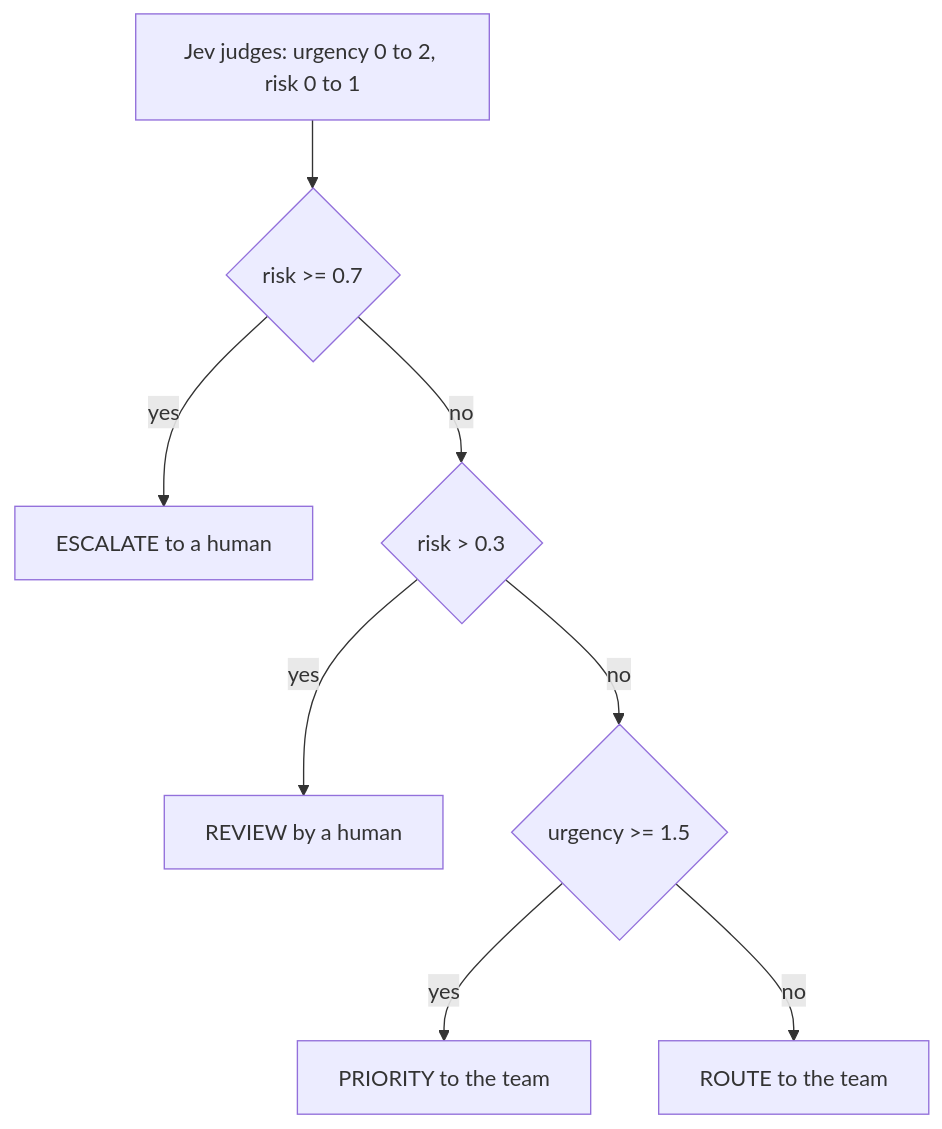
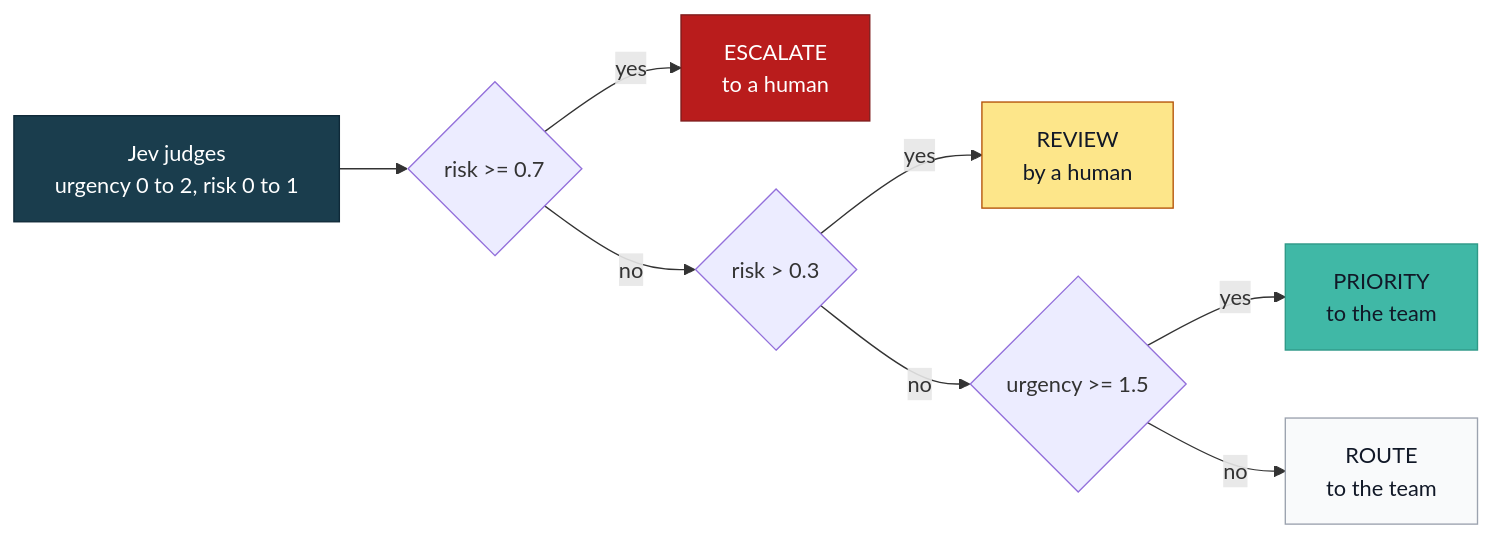
Before and after one commit to axel-sirota/getting_started_jev: the seventh of 11 diagrams in imp_files/slides/module01_diagrams.md, drawn with Mermaid. The commit also changed other lines of this file and 38 other files, not shown here.

Commit message:
Module 1: notebooks, diagrams and deck

````diff
--- a/imp_files/slides/module01_diagrams.md
+++ b/imp_files/slides/module01_diagrams.md
@@ -83,10 +84,20 @@
 ```mermaid
-flowchart TD
-  J["Jev judges: urgency 0 to 2, risk 0 to 1"] --> R1{"risk >= 0.7"}
-  R1 -- yes --> E["ESCALATE to a human"]
+flowchart LR
+  J["Jev judges<br/>urgency 0 to 2, risk 0 to 1"] --> R1{"risk >= 0.7"}
+  R1 -- yes --> E["ESCALATE<br/>to a human"]
   R1 -- no --> R2{"risk > 0.3"}
-  R2 -- yes --> V["REVIEW by a human"]
+  R2 -- yes --> V["REVIEW<br/>by a human"]
   R2 -- no --> R3{"urgency >= 1.5"}
-  R3 -- yes --> P["PRIORITY to the team"]
-  R3 -- no --> RT["ROUTE to the team"]
+  R3 -- yes --> P["PRIORITY<br/>to the team"]
+  R3 -- no --> RT["ROUTE<br/>to the team"]
+  classDef jev fill:#1A3D4D,stroke:#0F2938,color:#FFFFFF
+  classDef esc fill:#B91C1C,stroke:#7F1D1D,color:#FFFFFF
+  classDef rev fill:#FDE68A,stroke:#B45309,color:#111827
+  classDef pri fill:#40B8A6,stroke:#2F9987,color:#111827
+  classDef rt fill:#F9FAFB,stroke:#9CA3AF,color:#111827
+  class J jev
+  class E esc
+  class V rev
+  class P pri
+  class RT rt
 ```
````
